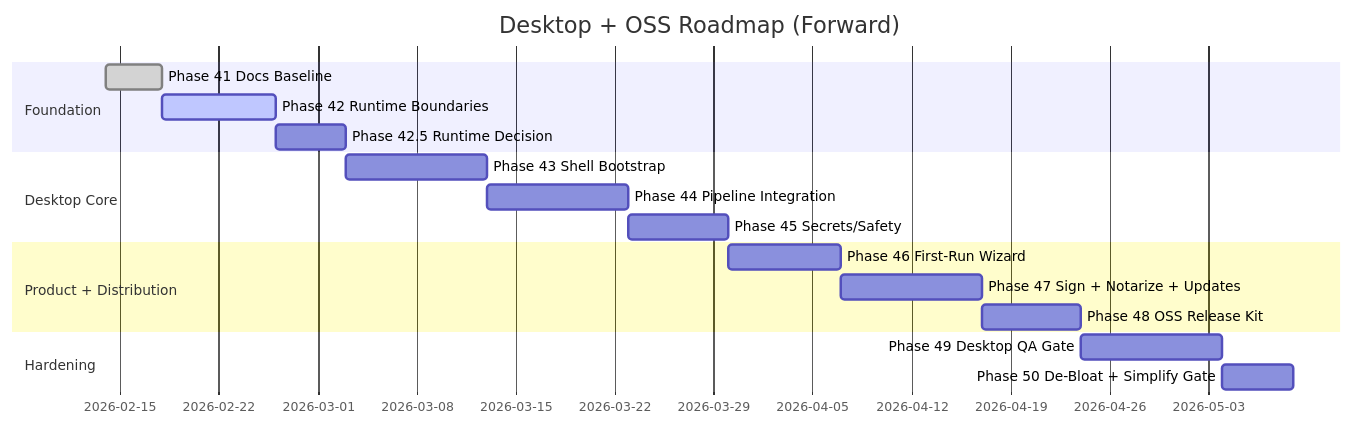
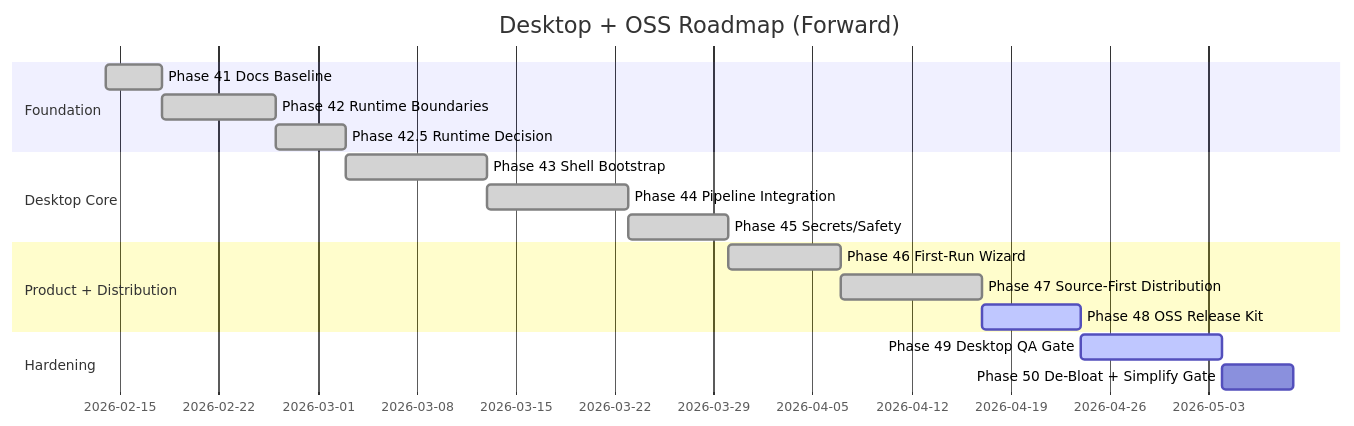
Before and after one commit to eeshansrivastava89/sidequests: the third of 3 diagrams in docs/internal/IMPLEMENTATION_PLAN.md, drawn with Mermaid. The commit also changed other lines of this file and 5 other files, not shown here.

First line of the commit message:
phase 48 closeout: fix clean-clone onboarding, source-first pivot

````diff
--- a/docs/internal/IMPLEMENTATION_PLAN.md
+++ b/docs/internal/IMPLEMENTATION_PLAN.md
@@ -291,20 +292,20 @@
 ```mermaid
 gantt
   title Desktop + OSS Roadmap (Forward)
   dateFormat  YYYY-MM-DD
   section Foundation
   Phase 41 Docs Baseline           :done,   p41, 2026-02-14, 4d
-  Phase 42 Runtime Boundaries      :active, p42, after p41, 8d
-  Phase 42.5 Runtime Decision      :p425, after p42, 5d
+  Phase 42 Runtime Boundaries      :done,   p42, after p41, 8d
+  Phase 42.5 Runtime Decision      :done,   p425, after p42, 5d
   section Desktop Core
-  Phase 43 Shell Bootstrap         :p43, after p425, 10d
-  Phase 44 Pipeline Integration    :p44, after p43, 10d
-  Phase 45 Secrets/Safety          :p45, after p44, 7d
+  Phase 43 Shell Bootstrap         :done,   p43, after p425, 10d
+  Phase 44 Pipeline Integration    :done,   p44, after p43, 10d
+  Phase 45 Secrets/Safety          :done,   p45, after p44, 7d
   section Product + Distribution
-  Phase 46 First-Run Wizard        :p46, after p45, 8d
-  Phase 47 Sign + Notarize + Updates :p47, after p46, 10d
-  Phase 48 OSS Release Kit         :p48, after p47, 7d
+  Phase 46 First-Run Wizard        :done,   p46, after p45, 8d
+  Phase 47 Source-First Distribution :done, p47, after p46, 10d
+  Phase 48 OSS Release Kit         :active, p48, after p47, 7d
   section Hardening
-  Phase 49 Desktop QA Gate         :p49, after p48, 10d
+  Phase 49 Desktop QA Gate         :active, p49, after p48, 10d
   Phase 50 De-Bloat + Simplify Gate :p50, after p49, 5d
 ```
````
